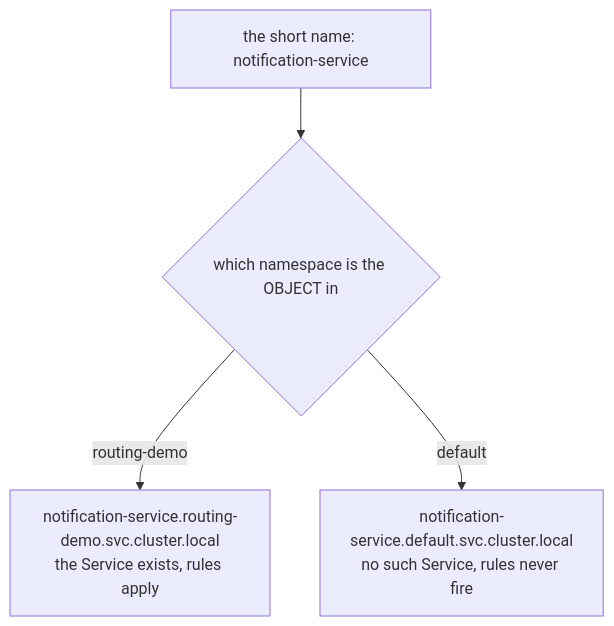
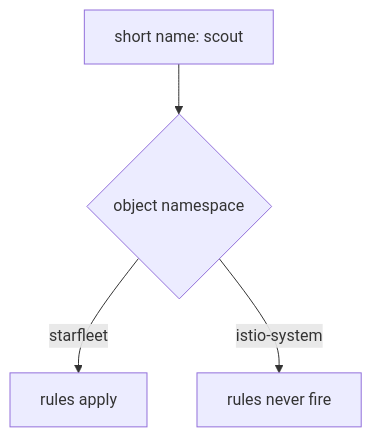
Before and after one commit to astrona-io/ATS014: the second of 2 diagrams in sections/section-010/module-01/course-03-evaluation-order-and-proof.md, drawn with Mermaid. The commit also changed other lines of this file and 444 other files, not shown here.

````diff
--- a/sections/section-010/module-01/course-03-evaluation-order-and-proof.md
+++ b/sections/section-010/module-01/course-03-evaluation-order-and-proof.md
@@ -137,6 +163,6 @@
 ```mermaid
-flowchart TD
-    N["the short name: notification-service"] --> Q{"which namespace is the OBJECT in"}
-    Q -->|"routing-demo"| A["notification-service.routing-demo.svc.cluster.local<br/>the Service exists, rules apply"]
-    Q -->|"default"| B["notification-service.default.svc.cluster.local<br/>no such Service, rules never fire"]
+flowchart TB
+    N["short name: scout"] --> Q{"object namespace"}
+    Q -->|"starfleet"| A["rules apply"]
+    Q -->|"istio-system"| B["rules never fire"]
 ```
````
